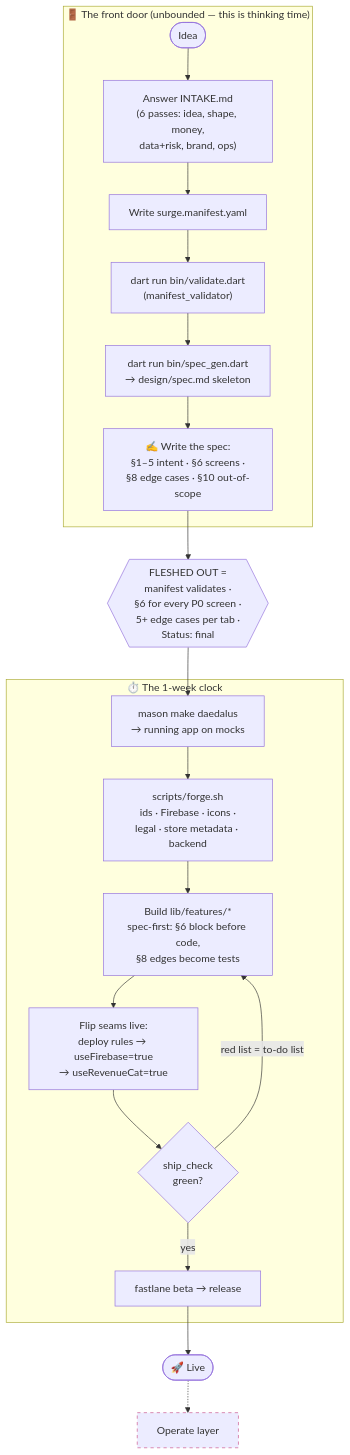
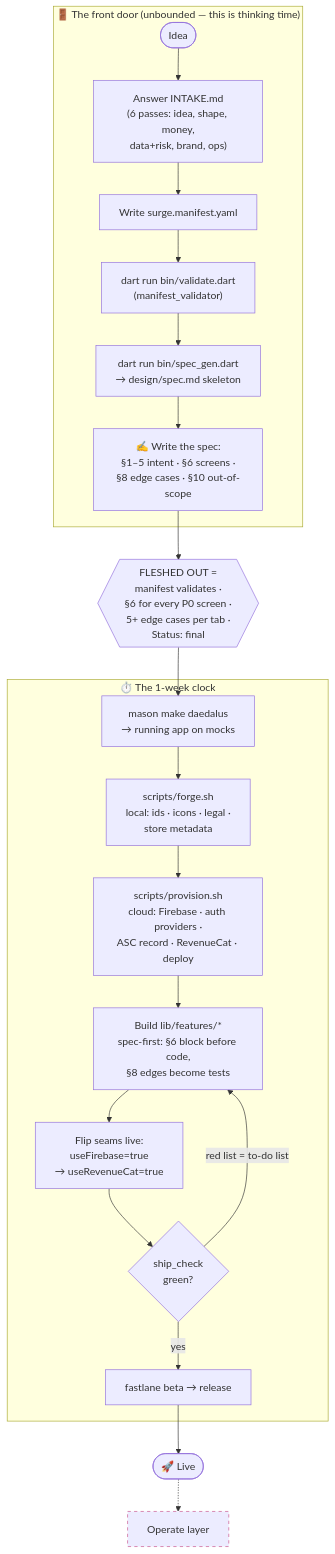
Before and after one commit to Surge-Studios-Dev/daedalus: the first of 2 diagrams in docs/pipeline.md, drawn with Mermaid. The commit also changed other lines of this file and 9 other files, not shown here.

````diff
--- a/docs/pipeline.md
+++ b/docs/pipeline.md
@@ -12,31 +12,32 @@
 ```mermaid
 flowchart TD
     subgraph front["🚪 The front door (unbounded — this is thinking time)"]
         idea(["Idea"]) --> intake["Answer INTAKE.md<br/>(6 passes: idea, shape, money,<br/>data+risk, brand, ops)"]
         intake --> man["Write surge.manifest.yaml"]
         man --> val["dart run bin/validate.dart<br/>(manifest_validator)"]
         val --> gen["dart run bin/spec_gen.dart<br/>→ design/spec.md skeleton"]
         gen --> write["✍️ Write the spec:<br/>§1–5 intent · §6 screens ·<br/>§8 edge cases · §10 out-of-scope"]
     end
 
     write --> fleshed{{"FLESHED OUT =<br/>manifest validates ·<br/>§6 for every P0 screen ·<br/>5+ edge cases per tab ·<br/>Status: final"}}
 
     subgraph week["⏱️ The 1-week clock"]
         stamp["mason make daedalus<br/>→ running app on mocks"]
-        provision["scripts/forge.sh<br/>ids · Firebase · icons ·<br/>legal · store metadata · backend"]
+        forge["scripts/forge.sh<br/>local: ids · icons · legal ·<br/>store metadata"]
+        provision["scripts/provision.sh<br/>cloud: Firebase · auth providers ·<br/>ASC record · RevenueCat · deploy"]
         features["Build lib/features/*<br/>spec-first: §6 block before code,<br/>§8 edges become tests"]
-        flip["Flip seams live:<br/>deploy rules → useFirebase=true<br/>→ useRevenueCat=true"]
+        flip["Flip seams live:<br/>useFirebase=true<br/>→ useRevenueCat=true"]
         gate{"ship_check<br/>green?"}
         ship["fastlane beta → release"]
-        stamp --> provision --> features --> flip --> gate
+        stamp --> forge --> provision --> features --> flip --> gate
         gate -->|"red list = to-do list"| features
         gate -->|yes| ship
     end
 
     fleshed --> stamp
     ship --> live(["🚀 Live"])
     live -.-> operate["Operate layer"]
 
     classDef todo stroke-dasharray: 5 5,stroke:#c9528b
     class operate todo
 ```
````
